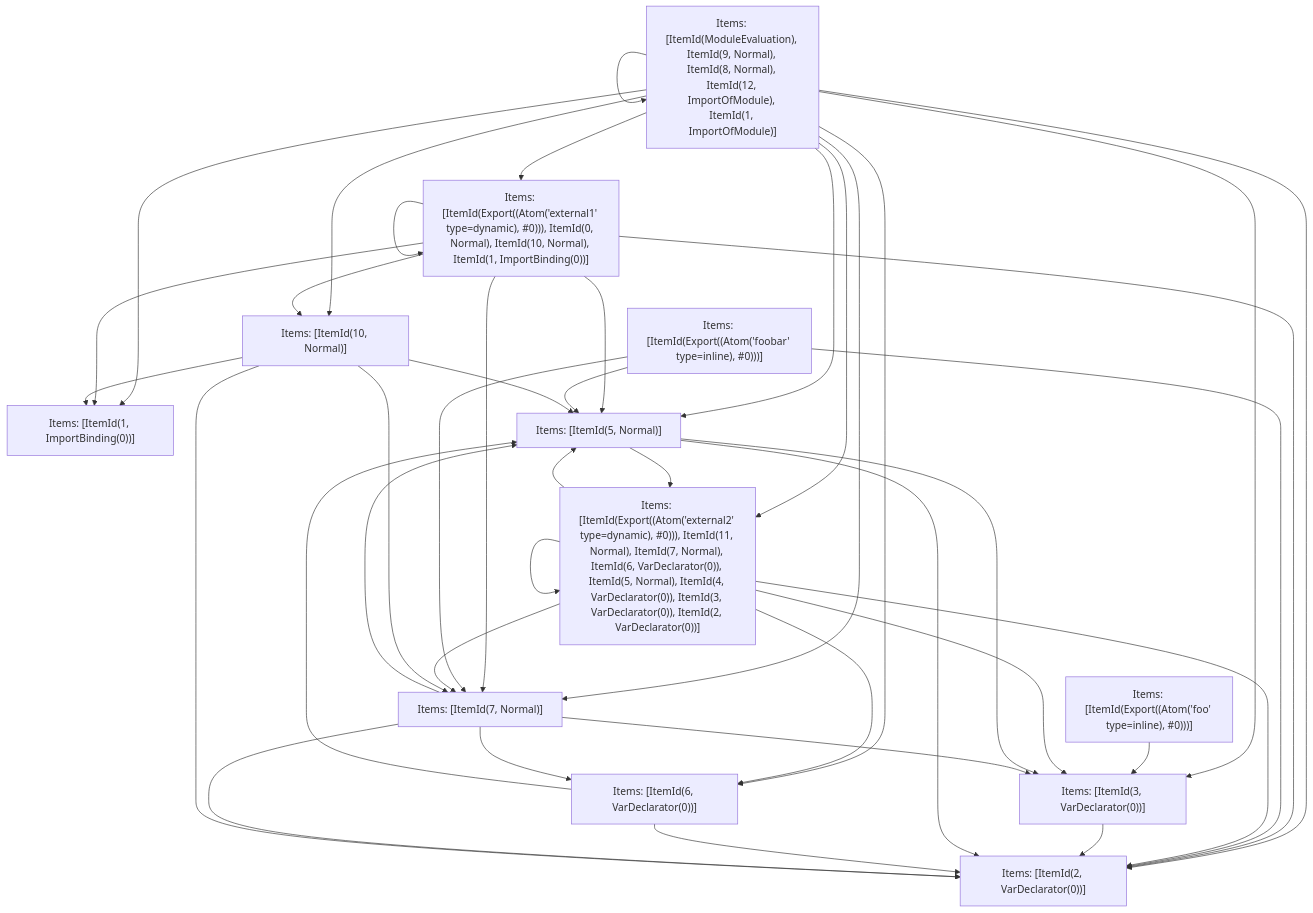
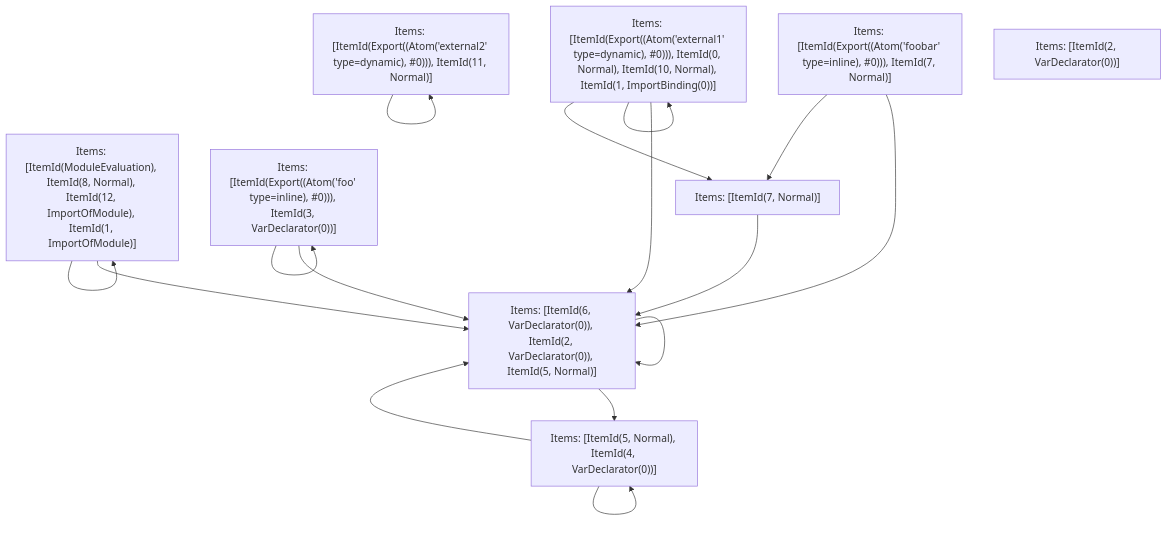
Before and after one commit to vercel/turborepo: the fifth of 5 diagrams in crates/turbopack-ecmascript/tests/tree-shaker/analyzer/2/output.md, drawn with Mermaid. The commit also changed 3 other files, not shown here.

````diff
--- a/crates/turbopack-ecmascript/tests/tree-shaker/analyzer/2/output.md
+++ b/crates/turbopack-ecmascript/tests/tree-shaker/analyzer/2/output.md
@@ -368,55 +368,27 @@
 ```mermaid
 graph TD
-    N0["Items: [ItemId(ModuleEvaluation), ItemId(9, Normal), ItemId(8, Normal), ItemId(12, ImportOfModule), ItemId(1, ImportOfModule)]"];
+    N0["Items: [ItemId(ModuleEvaluation), ItemId(8, Normal), ItemId(12, ImportOfModule), ItemId(1, ImportOfModule)]"];
     N1["Items: [ItemId(Export((Atom('external1' type=dynamic), #0))), ItemId(0, Normal), ItemId(10, Normal), ItemId(1, ImportBinding(0))]"];
-    N2["Items: [ItemId(Export((Atom('foobar' type=inline), #0)))]"];
-    N3["Items: [ItemId(Export((Atom('foo' type=inline), #0)))]"];
-    N4["Items: [ItemId(Export((Atom('external2' type=dynamic), #0))), ItemId(11, Normal), ItemId(7, Normal), ItemId(6, VarDeclarator(0)), ItemId(5, Normal), ItemId(4, VarDeclarator(0)), ItemId(3, VarDeclarator(0)), ItemId(2, VarDeclarator(0))]"];
-    N5["Items: [ItemId(1, ImportBinding(0))]"];
-    N6["Items: [ItemId(2, VarDeclarator(0))]"];
-    N7["Items: [ItemId(3, VarDeclarator(0))]"];
-    N8["Items: [ItemId(5, Normal)]"];
-    N9["Items: [ItemId(6, VarDeclarator(0))]"];
-    N10["Items: [ItemId(7, Normal)]"];
-    N11["Items: [ItemId(10, Normal)]"];
+    N2["Items: [ItemId(Export((Atom('foobar' type=inline), #0))), ItemId(7, Normal)]"];
+    N3["Items: [ItemId(Export((Atom('foo' type=inline), #0))), ItemId(3, VarDeclarator(0))]"];
+    N4["Items: [ItemId(Export((Atom('external2' type=dynamic), #0))), ItemId(11, Normal)]"];
+    N5["Items: [ItemId(2, VarDeclarator(0))]"];
+    N6["Items: [ItemId(5, Normal), ItemId(4, VarDeclarator(0))]"];
+    N7["Items: [ItemId(6, VarDeclarator(0)), ItemId(2, VarDeclarator(0)), ItemId(5, Normal)]"];
+    N8["Items: [ItemId(7, Normal)]"];
     N0 --> N0;
-    N0 --> N1;
-    N0 --> N5;
-    N0 --> N6;
-    N0 --> N8;
-    N0 --> N10;
     N0 --> N7;
-    N0 --> N9;
-    N0 --> N4;
-    N0 --> N11;
     N1 --> N1;
-    N1 --> N11;
-    N1 --> N6;
+    N1 --> N7;
     N1 --> N8;
-    N1 --> N10;
-    N1 --> N5;
-    N2 --> N6;
+    N2 --> N7;
     N2 --> N8;
-    N2 --> N10;
+    N3 --> N3;
     N3 --> N7;
     N4 --> N4;
-    N4 --> N7;
-    N4 --> N9;
-    N4 --> N10;
-    N4 --> N6;
-    N4 --> N8;
+    N6 --> N6;
+    N6 --> N7;
+    N7 --> N7;
     N7 --> N6;
-    N8 --> N4;
-    N8 --> N6;
     N8 --> N7;
-    N9 --> N6;
-    N9 --> N8;
-    N10 --> N6;
-    N10 --> N8;
-    N10 --> N7;
-    N10 --> N9;
-    N11 --> N5;
-    N11 --> N6;
-    N11 --> N8;
-    N11 --> N10;
 ```
````
